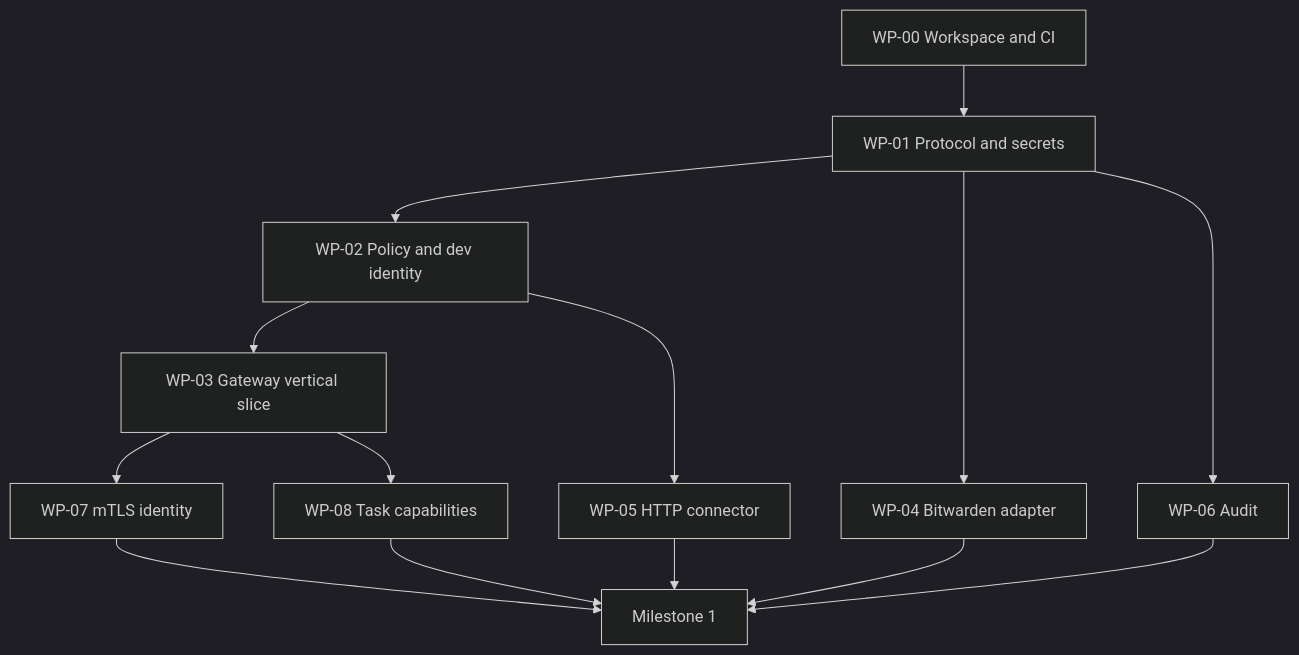
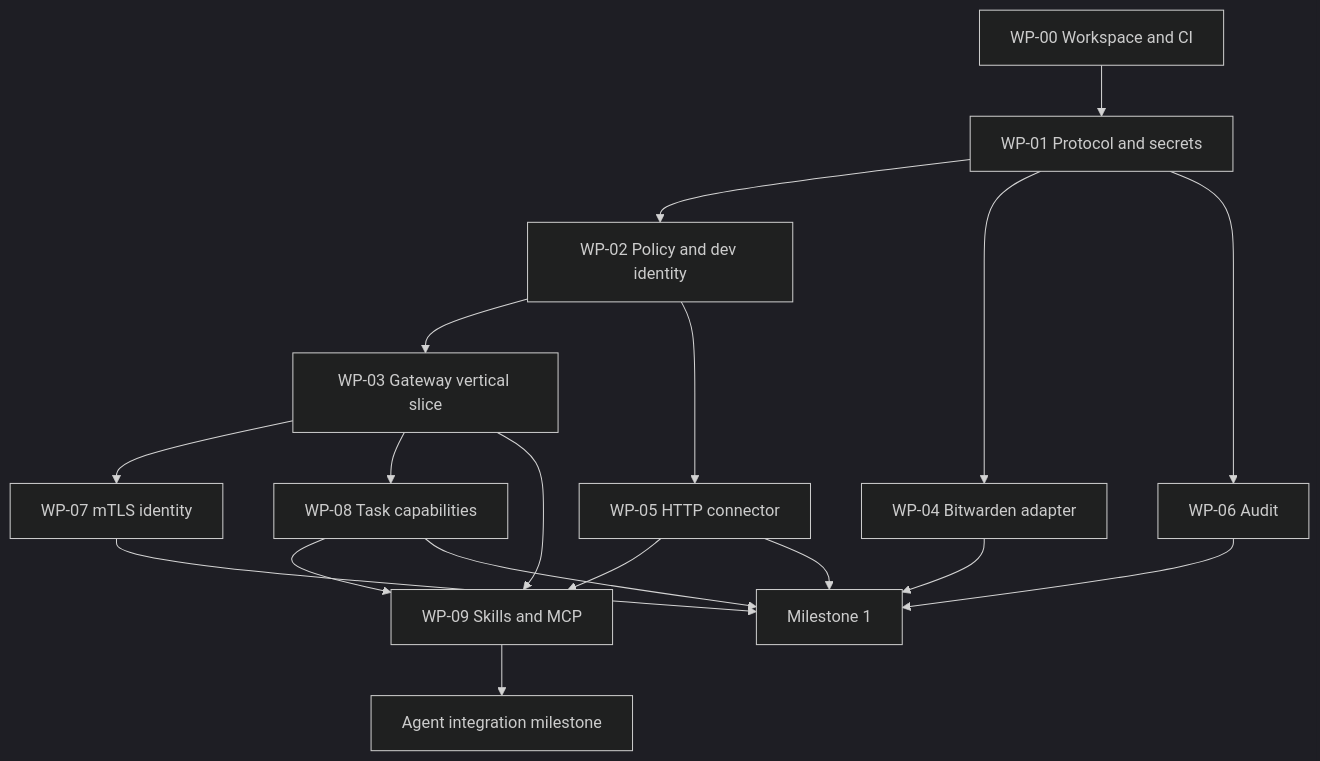
One commit to carloscn/agent-credential-firewall changed the diagram in docs/implementation-plan.md. Above: the diagram before and after it, drawn with Mermaid (dark theme). The commit also changed other lines of this file and 1 other file, not shown here.

Commit message:
docs: add agent skills and MCP architecture

````diff
--- a/docs/implementation-plan.md
+++ b/docs/implementation-plan.md
@@ -472,16 +535,20 @@
 ```mermaid
 flowchart TD
     W0[WP-00 Workspace and CI] --> W1[WP-01 Protocol and secrets]
     W1 --> W2[WP-02 Policy and dev identity]
     W1 --> W4[WP-04 Bitwarden adapter]
     W1 --> W6[WP-06 Audit]
     W2 --> W3[WP-03 Gateway vertical slice]
     W2 --> W5[WP-05 HTTP connector]
     W3 --> W7[WP-07 mTLS identity]
     W3 --> W8[WP-08 Task capabilities]
+    W3 --> W9[WP-09 Skills and MCP]
+    W5 --> W9
+    W8 --> W9
     W4 --> M1[Milestone 1]
     W5 --> M1
     W6 --> M1
     W7 --> M1
     W8 --> M1
+    W9 --> M2[Agent integration milestone]
 ```
````
